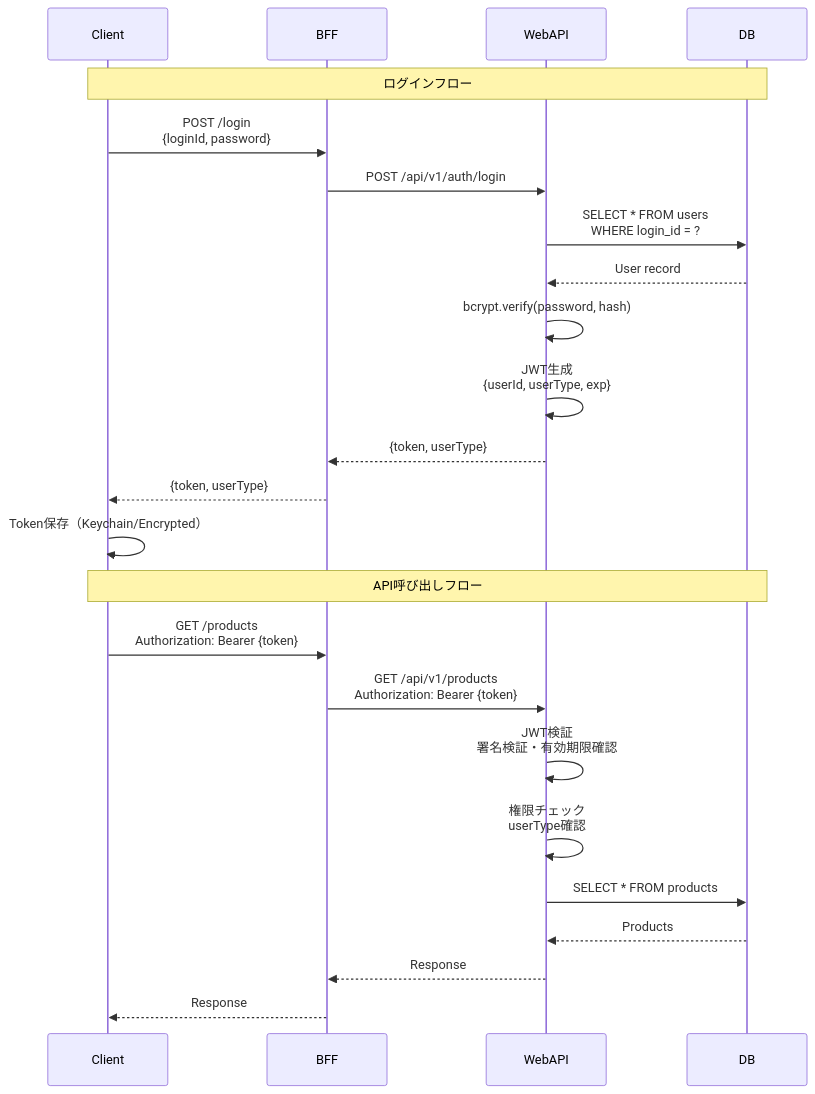
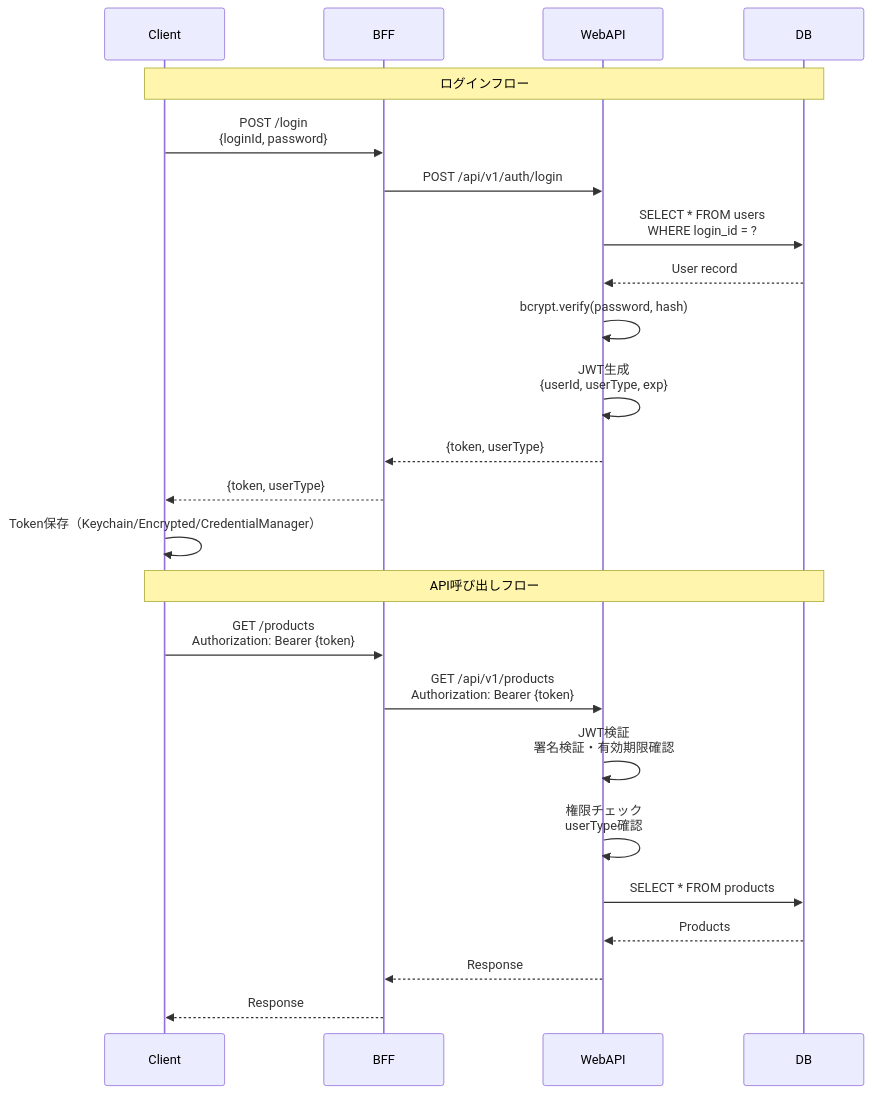
One commit to Takas0522/ws-demo-mobile-app changed the second of 5 diagrams in docs/architecture/05-security-architecture.md. Above: the diagram before and after it, drawn with Mermaid. The commit also changed other lines of this file and 3 other files, not shown here.

````diff
--- a/docs/architecture/05-security-architecture.md
+++ b/docs/architecture/05-security-architecture.md
@@ -55,28 +55,28 @@
 ```mermaid
 sequenceDiagram
     participant Client
     participant BFF
     participant WebAPI
     participant DB
     
     Note over Client,DB: ログインフロー
     Client->>BFF: POST /login<br/>{loginId, password}
     BFF->>WebAPI: POST /api/v1/auth/login
     WebAPI->>DB: SELECT * FROM users<br/>WHERE login_id = ?
     DB-->>WebAPI: User record
     WebAPI->>WebAPI: bcrypt.verify(password, hash)
     WebAPI->>WebAPI: JWT生成<br/>{userId, userType, exp}
     WebAPI-->>BFF: {token, userType}
     BFF-->>Client: {token, userType}
-    Client->>Client: Token保存（Keychain/Encrypted）
+    Client->>Client: Token保存（Keychain/Encrypted/CredentialManager）
     
     Note over Client,DB: API呼び出しフロー
     Client->>BFF: GET /products<br/>Authorization: Bearer {token}
     BFF->>WebAPI: GET /api/v1/products<br/>Authorization: Bearer {token}
     WebAPI->>WebAPI: JWT検証<br/>署名検証・有効期限確認
     WebAPI->>WebAPI: 権限チェック<br/>userType確認
     WebAPI->>DB: SELECT * FROM products
     DB-->>WebAPI: Products
     WebAPI-->>BFF: Response
     BFF-->>Client: Response
 ```
````
